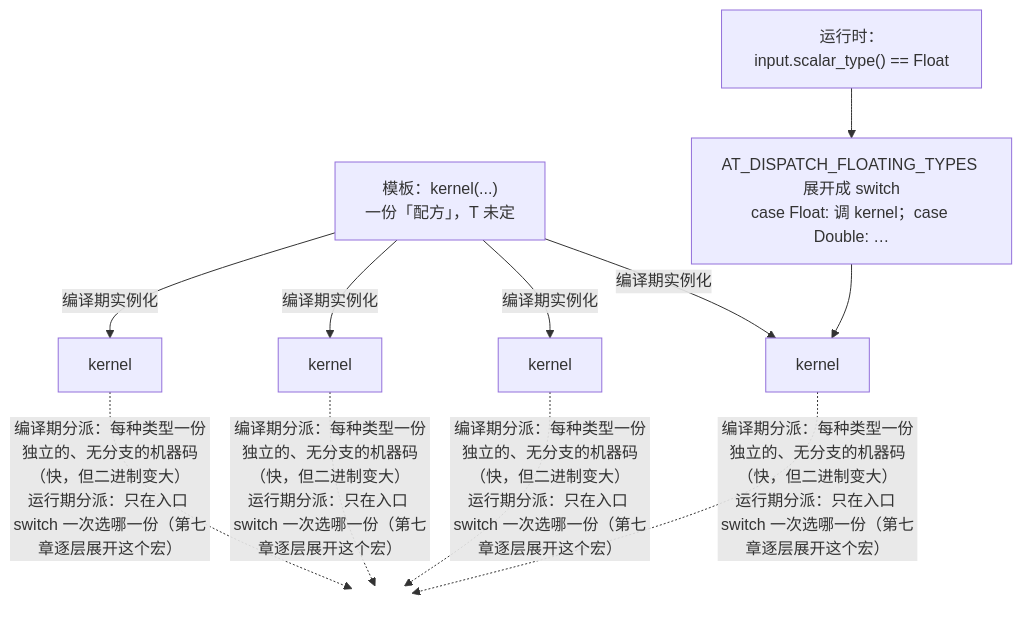
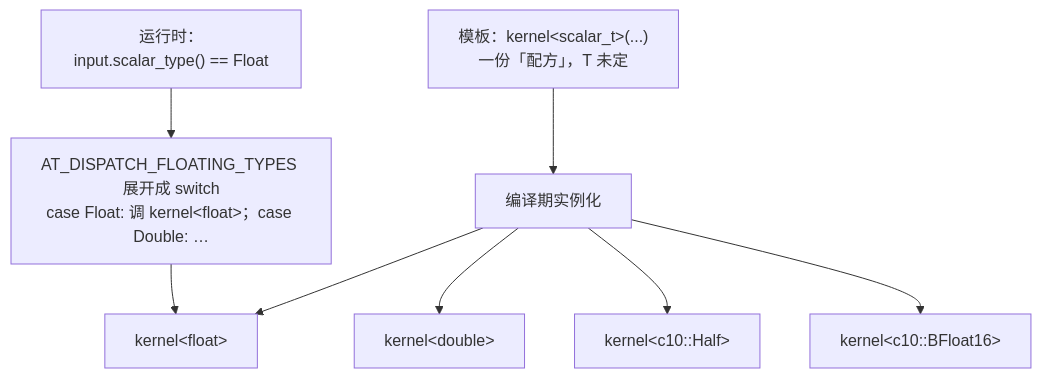
One commit to arganzheng/arganzheng.github.com changed the diagram in _posts/2026-02-07-cpp-templates-and-generic-programming.md. Above: the diagram before and after it, drawn with Mermaid. The commit also changed other lines of this file, not shown here.

Commit message:
C++ 模板与泛型：修复总览图标签显示
转义 Mermaid 的模板尖括号，恢复 scalar_t、float、double、Half 和 BFloat16 参数显示。将重复的实例化箭头标签合并为可见步骤，移除指向空白节点的说明箭头，说明改放图下列表。对照 PyTorch v2.10.0 c10/util/SmallVector.h/.cpp 核对继承与存储关系，按缩进树保留规则不改 SmallVector 图；代码、报错和命令输出原样保留。

````diff
--- a/_posts/2026-02-07-cpp-templates-and-generic-programming.md
+++ b/_posts/2026-02-07-cpp-templates-and-generic-programming.md
@@ -43,11 +43,9 @@
 ```mermaid
 %%{init: {"flowchart": {"wrappingWidth": 200}}}%%
 %% 图：编译期实例化与运行期分派：模板为每种 scalar_t 生成一份代码，AT_DISPATCH 在入口 switch 一次
 flowchart TB
-    T["模板：kernel<scalar_t>(...)<br/>一份「配方」，T 未定"] -- "编译期实例化" --> F["kernel<float>"] & D["kernel<double>"] & H["kernel<c10::Half>"] & B["kernel<c10::BFloat16>"]
-    RT["运行时：input.scalar_type() == Float"] --> SW["AT_DISPATCH_FLOATING_TYPES 展开成 switch<br/>case Float: 调 kernel<float>；case Double: …"]
+    T["模板：kernel&lt;scalar_t&gt;(...)<br/>一份「配方」，T 未定"] --> I["编译期实例化"]
+    I --> F["kernel&lt;float&gt;"] & D["kernel&lt;double&gt;"] & H["kernel&lt;c10::Half&gt;"] & B["kernel&lt;c10::BFloat16&gt;"]
+    RT["运行时：input.scalar_type() == Float"] --> SW["AT_DISPATCH_FLOATING_TYPES 展开成 switch<br/>case Float: 调 kernel&lt;float&gt;；case Double: …"]
     SW --> F
-    F & D & H & B -. "编译期分派：每种类型一份独立的、无分支的机器码（快，但二进制变大）<br/>运行期分派：只在入口 switch 一次选哪一份（第七章逐层展开这个宏）" .-> X[" "]
-    style X fill:none,stroke:none
-
 ```
````
